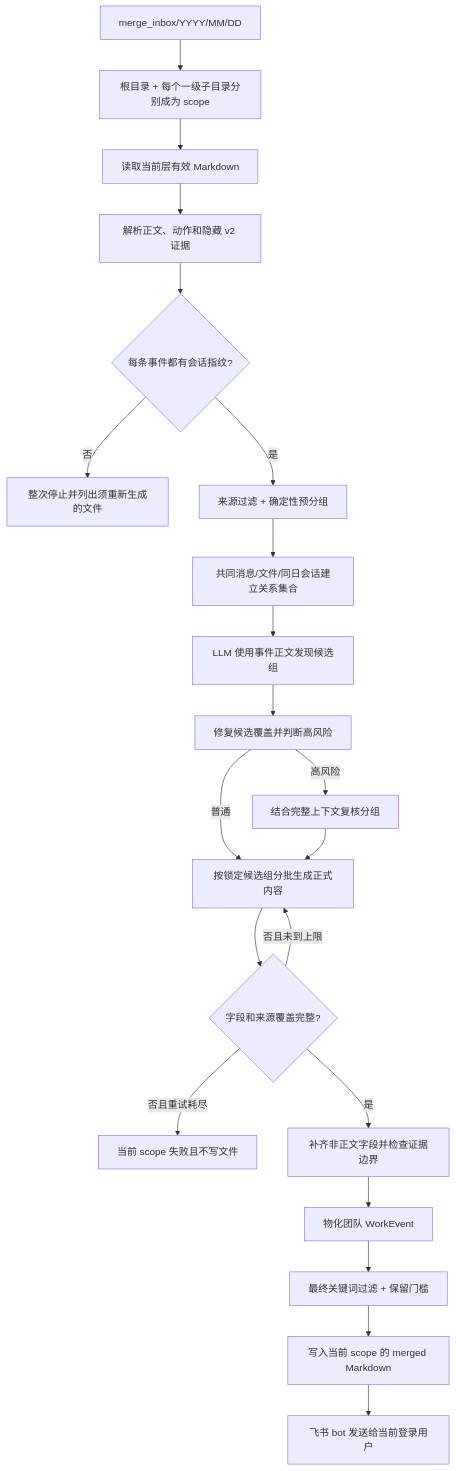
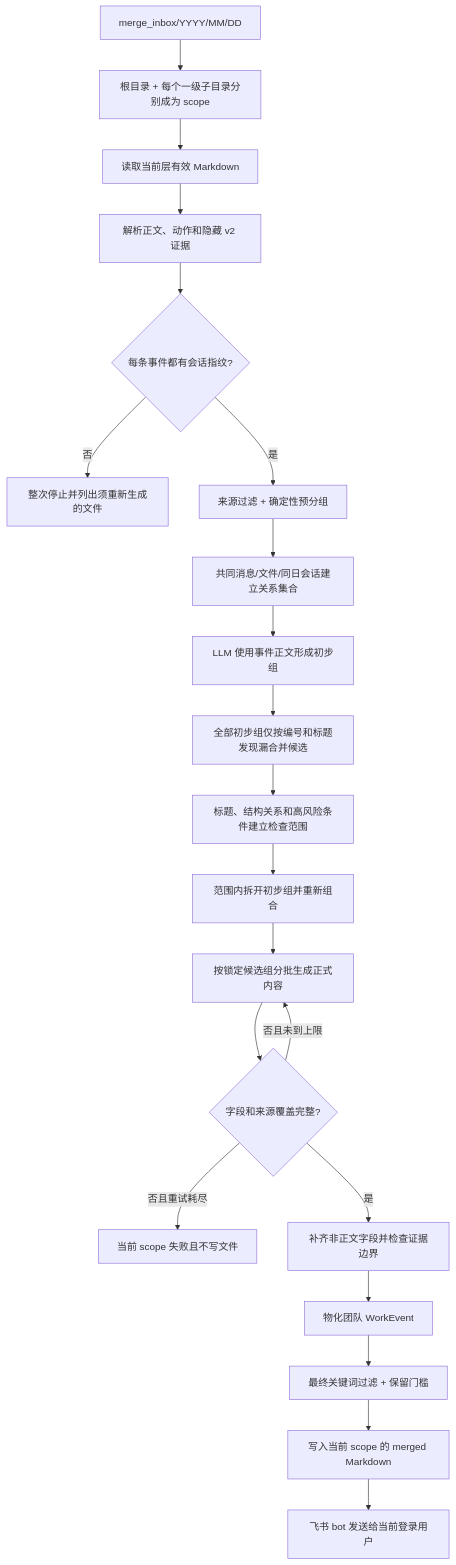
Before and after one commit to sunweisheng/WorkTrace: the third of 3 diagrams in README.md, drawn with Mermaid. The commit also changed other lines of this file and 55 other files, not shown here.

````diff
--- a/README.md
+++ b/README.md
@@ -216,23 +223,23 @@
 ```mermaid
 flowchart TD
     A["merge_inbox/YYYY/MM/DD"] --> B["根目录 + 每个一级子目录分别成为 scope"]
     B --> C["读取当前层有效 Markdown"]
     C --> D["解析正文、动作和隐藏 v2 证据"]
     D --> E{"每条事件都有会话指纹?"}
     E -->|"否"| X["整次停止并列出须重新生成的文件"]
     E -->|"是"| F["来源过滤 + 确定性预分组"]
     F --> G["共同消息/文件/同日会话建立关系集合"]
-    G --> H["LLM 使用事件正文发现候选组"]
-    H --> R["修复候选覆盖并判断高风险"]
-    R -->|"高风险"| V["结合完整上下文复核分组"]
-    R -->|"普通"| I["按锁定候选组分批生成正式内容"]
-    V --> I
+    G --> H["LLM 使用事件正文形成初步组"]
+    H --> H1["全部初步组仅按编号和标题发现漏合并候选"]
+    H1 --> R["标题、结构关系和高风险条件建立检查范围"]
+    R --> V["范围内拆开初步组并重新组合"]
+    V --> I["按锁定候选组分批生成正式内容"]
     I --> J{"字段和来源覆盖完整?"}
     J -->|"否且未到上限"| I
     J -->|"否且重试耗尽"| Y["当前 scope 失败且不写文件"]
     J -->|"是"| K["补齐非正文字段并检查证据边界"]
     K --> L["物化团队 WorkEvent"]
     L --> M["最终关键词过滤 + 保留门槛"]
     M --> N["写入当前 scope 的 merged Markdown"]
     N --> O["飞书 bot 发送给当前登录用户"]
 ```
````
